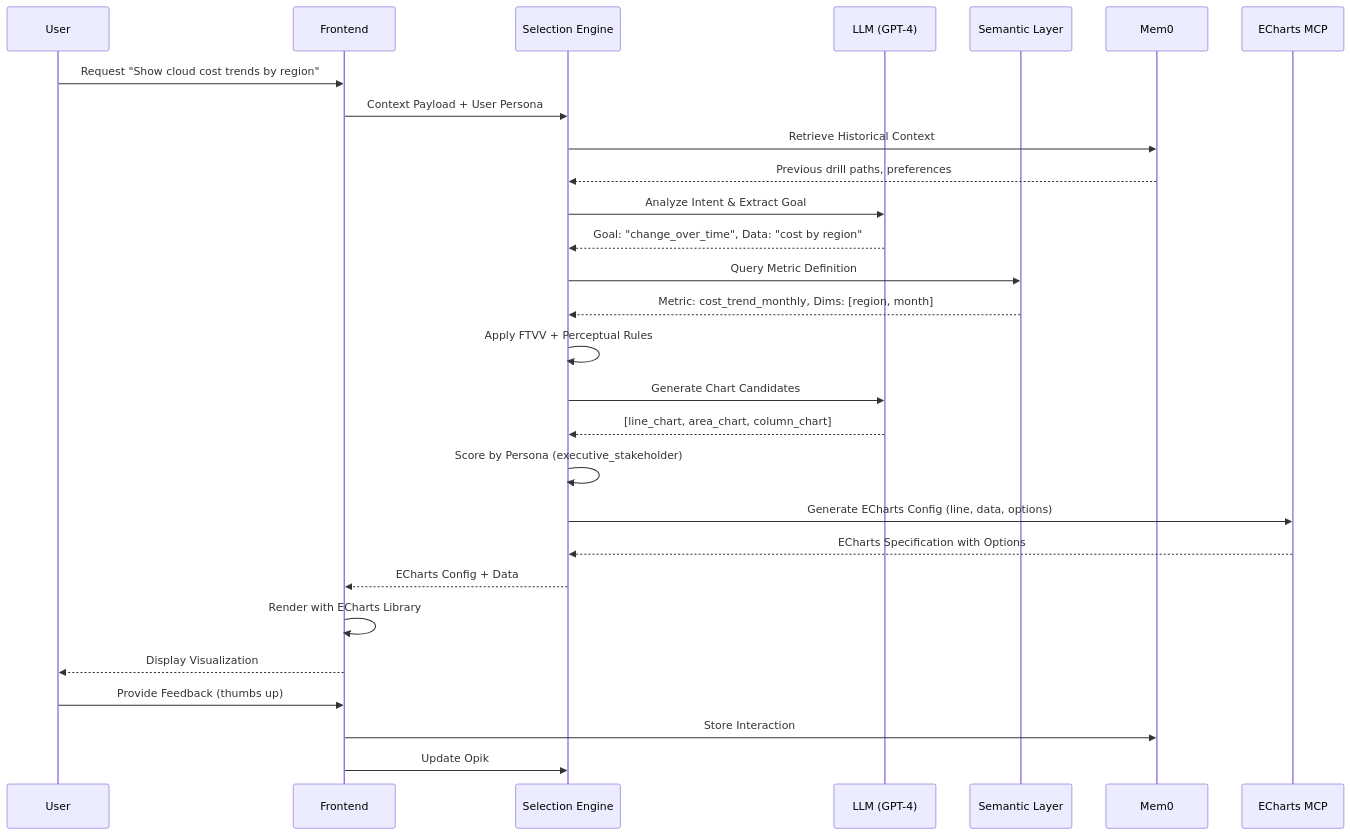
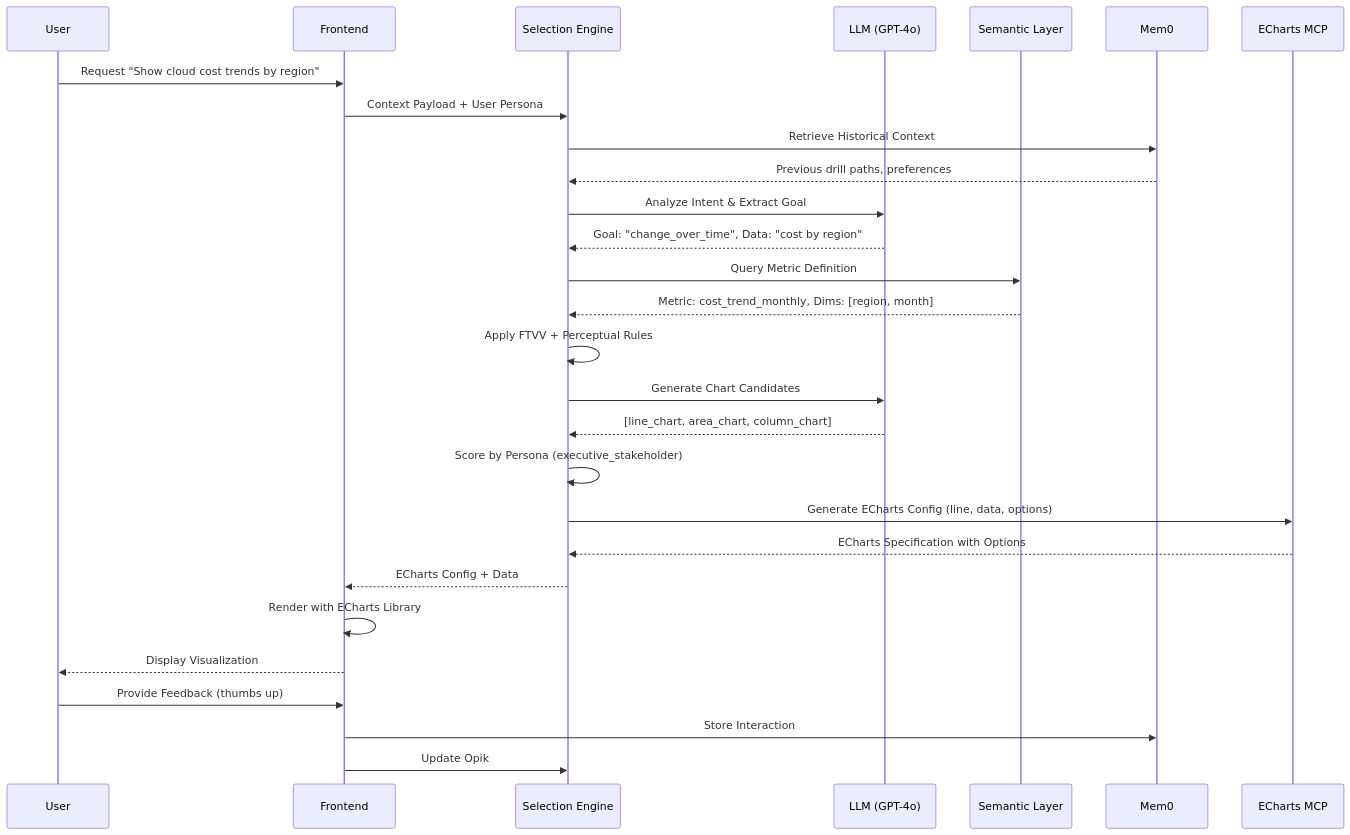
The eighth of 14 diagrams in examples/copilot-chat-with-your-data/frontend/design-specs/architecture-design-v2.md (chris-han/CopilotKit), drawn with Mermaid before and after one commit. The commit also changed other lines of this file and 1 other file, not shown here.

````diff
--- a/examples/copilot-chat-with-your-data/frontend/design-specs/architecture-design-v2.md
+++ b/examples/copilot-chat-with-your-data/frontend/design-specs/architecture-design-v2.md
@@ -285,31 +1039,31 @@
 ```mermaid
 sequenceDiagram
     participant U as User
     participant F as Frontend
     participant E as Selection Engine
-    participant L as LLM (GPT-4)
+    participant L as LLM (GPT-4o)
     participant S as Semantic Layer
     participant M as Mem0
     participant EC as ECharts MCP
 
     U->>F: Request "Show cloud cost trends by region"
     F->>E: Context Payload + User Persona
     E->>M: Retrieve Historical Context
     M-->>E: Previous drill paths, preferences
     E->>L: Analyze Intent & Extract Goal
     L-->>E: Goal: "change_over_time", Data: "cost by region"
     E->>S: Query Metric Definition
     S-->>E: Metric: cost_trend_monthly, Dims: [region, month]
     E->>E: Apply FTVV + Perceptual Rules
     E->>L: Generate Chart Candidates
     L-->>E: [line_chart, area_chart, column_chart]
     E->>E: Score by Persona (executive_stakeholder)
     E->>EC: Generate ECharts Config (line, data, options)
     EC-->>E: ECharts Specification with Options
     E-->>F: ECharts Config + Data
     F->>F: Render with ECharts Library
     F-->>U: Display Visualization
     U->>F: Provide Feedback (thumbs up)
     F->>M: Store Interaction
     F->>E: Update Opik
 ```
````
